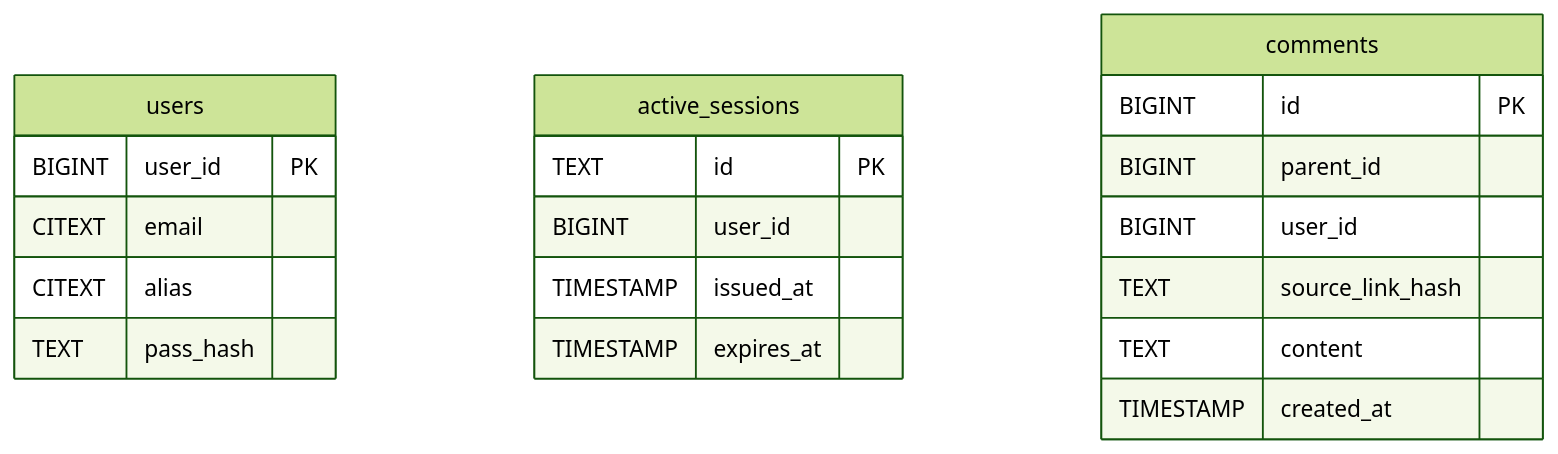
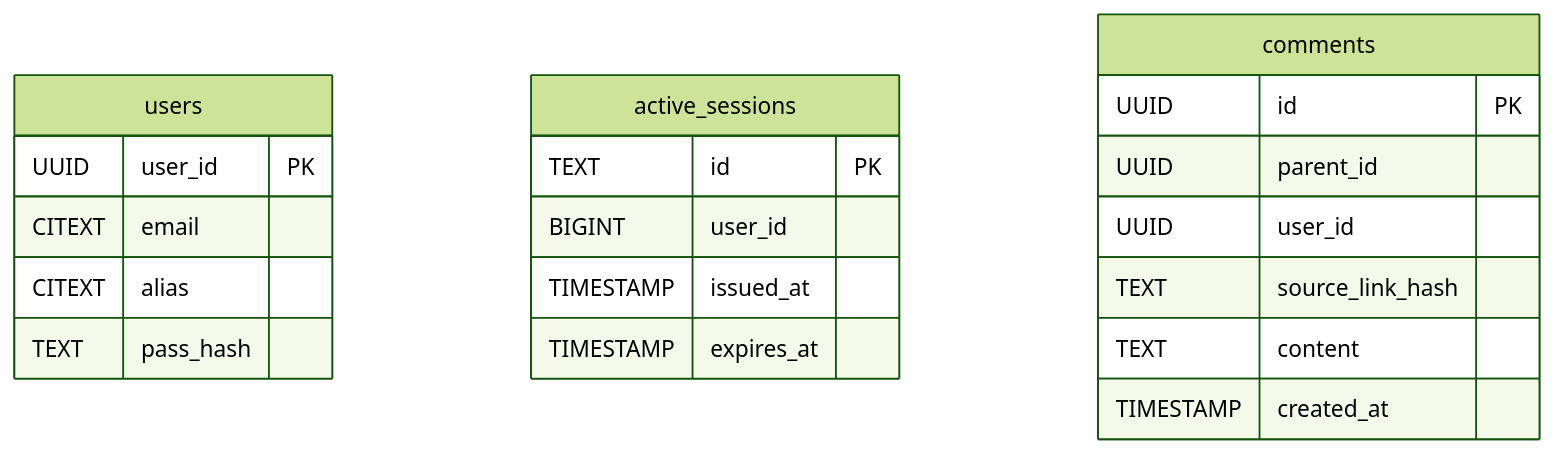
One commit to LKBotond/VoxPopuli changed the first of 4 diagrams in Architecture.md. Above: the diagram before and after it, drawn with Mermaid (forest theme). The commit also changed 5 other files, not shown here.

````diff
--- a/Architecture.md
+++ b/Architecture.md
@@ -5,24 +5,24 @@
 ```mermaid
 erDiagram
     users {
-        BIGINT user_id PK
+        UUID user_id PK
         CITEXT email
         CITEXT alias
         TEXT pass_hash
     }
      active_sessions{
         TEXT id PK
         BIGINT user_id
         TIMESTAMP issued_at
         TIMESTAMP expires_at
     }
     comments {
-        BIGINT id PK
-        BIGINT parent_id
-        BIGINT user_id
+        UUID id PK
+        UUID parent_id
+        UUID user_id
         TEXT source_link_hash
         TEXT content
         TIMESTAMP created_at
     }
 
 ```
````
